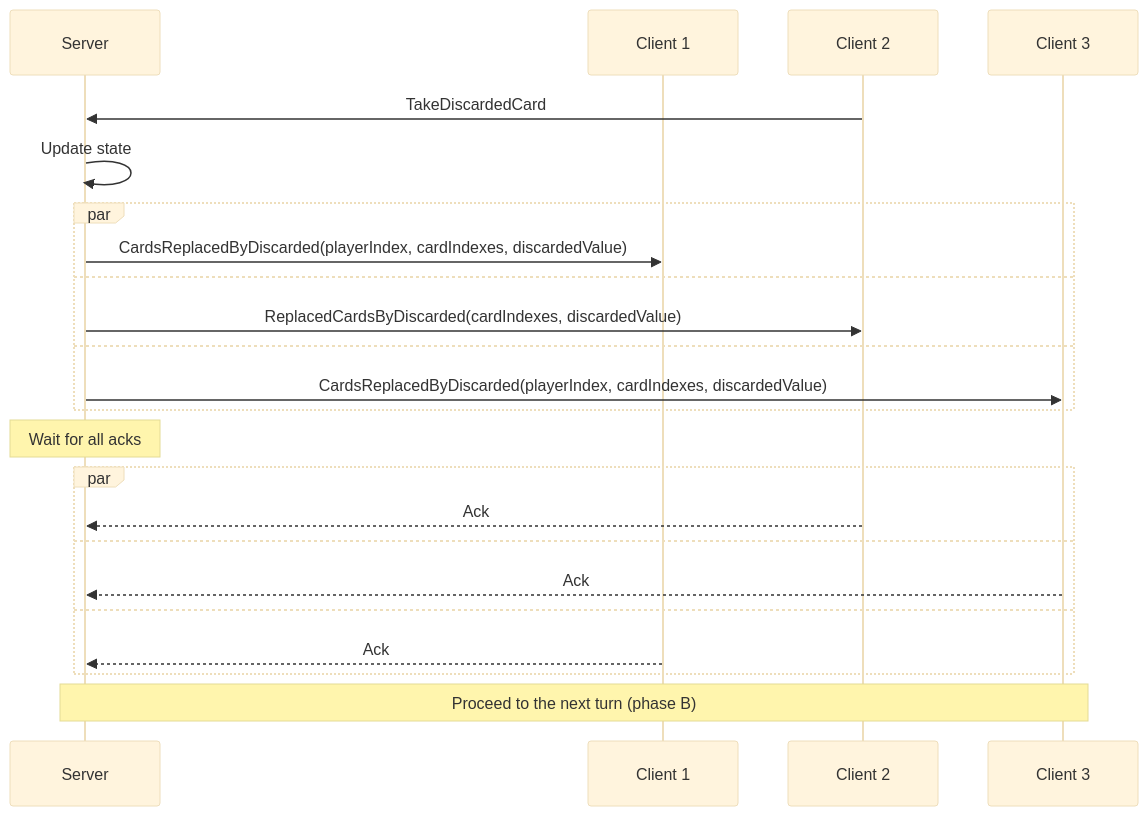
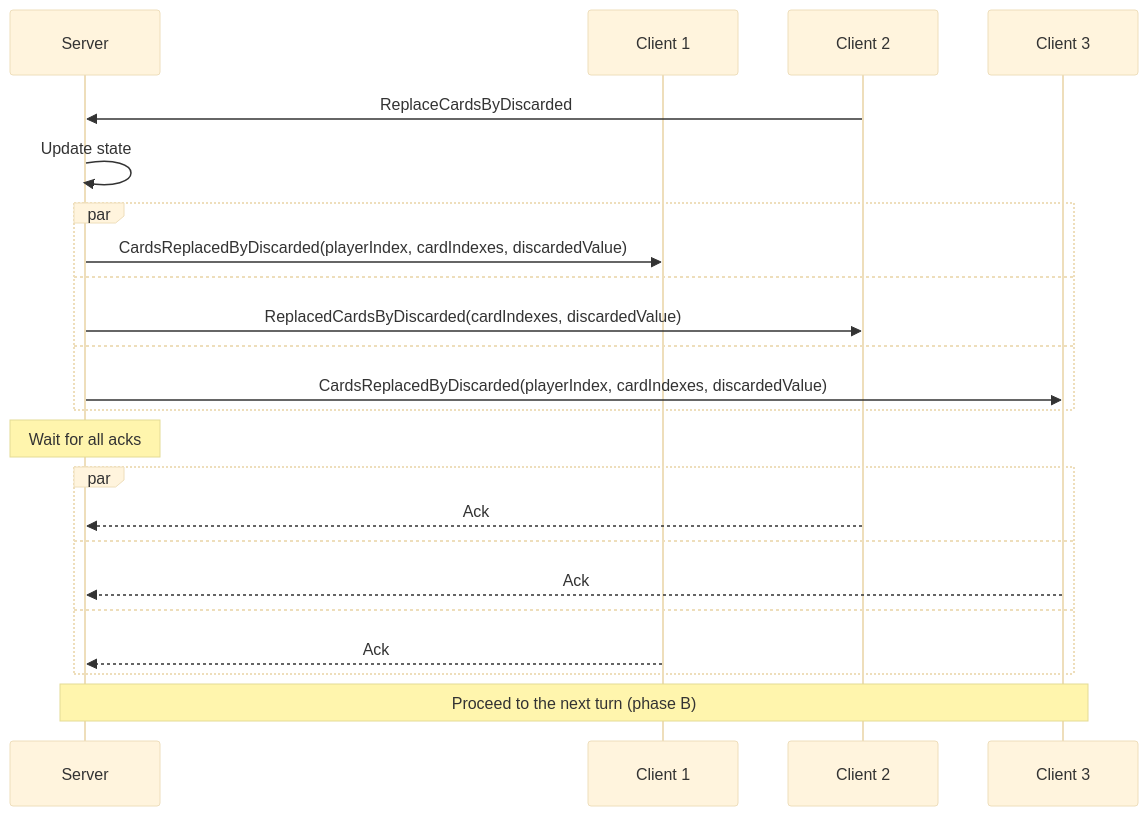
Diagram 15 of 17 in README.md (roman-zubarevich/another), drawn with Mermaid (base theme) before and after one commit. The commit also changed other lines of this file, not shown here.

````diff
--- a/README.md
+++ b/README.md
@@ -468,25 +468,25 @@
 ```mermaid
 sequenceDiagram
     participant S as Server
     participant C1 as Client 1
     participant C2 as Client 2
     participant C3 as Client 3
-    C2->>S: TakeDiscardedCard
+    C2->>S: ReplaceCardsByDiscarded
     S->>S: Update state
     par
         S->>C1: CardsReplacedByDiscarded(playerIndex, cardIndexes, discardedValue)
     and
         S->>C2: ReplacedCardsByDiscarded(cardIndexes, discardedValue)
     and
         S->>C3: CardsReplacedByDiscarded(playerIndex, cardIndexes, discardedValue)
     end
     Note over S: Wait for all acks
     par
         C2-->>S: Ack
     and
         C3-->>S: Ack
     and
         C1-->>S: Ack
     end
     Note over S,C3: Proceed to the next turn (phase B)
 ```
````
